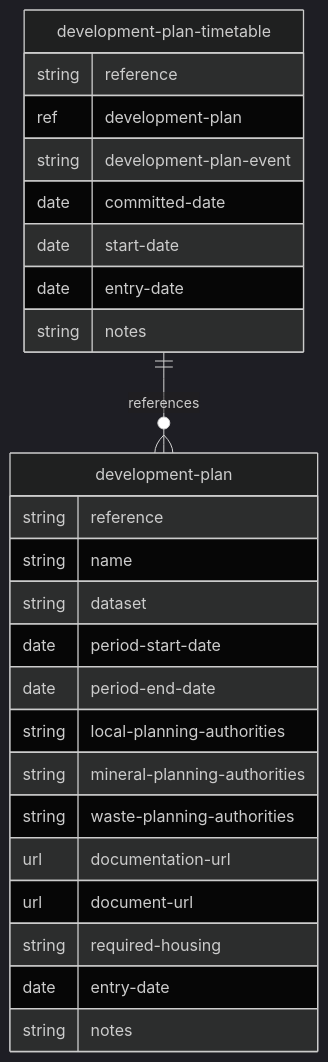
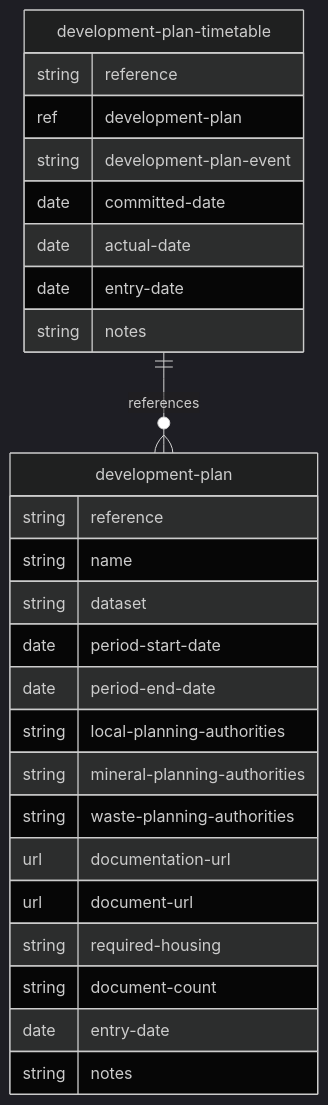
The diagram in docs/mermaid/development-plan.md (digital-land/specification), drawn with Mermaid (dark theme) before and after one commit. The commit also changed 20 other files, not shown here.

````diff
--- a/docs/mermaid/development-plan.md
+++ b/docs/mermaid/development-plan.md
@@ -4,28 +4,29 @@
 ```mermaid
 erDiagram
     development-plan {
         string reference
         string name
         string dataset
         date period-start-date
         date period-end-date
         string local-planning-authorities
         string mineral-planning-authorities
         string waste-planning-authorities
         url documentation-url
         url document-url
         string required-housing
+        string document-count
         date entry-date
         string notes
     }
     development-plan-timetable {
         string reference
         ref development-plan
         string development-plan-event
         date committed-date
-        date start-date
+        date actual-date
         date entry-date
         string notes
     }
     development-plan-timetable ||--o{ development-plan : references
 ```
````
